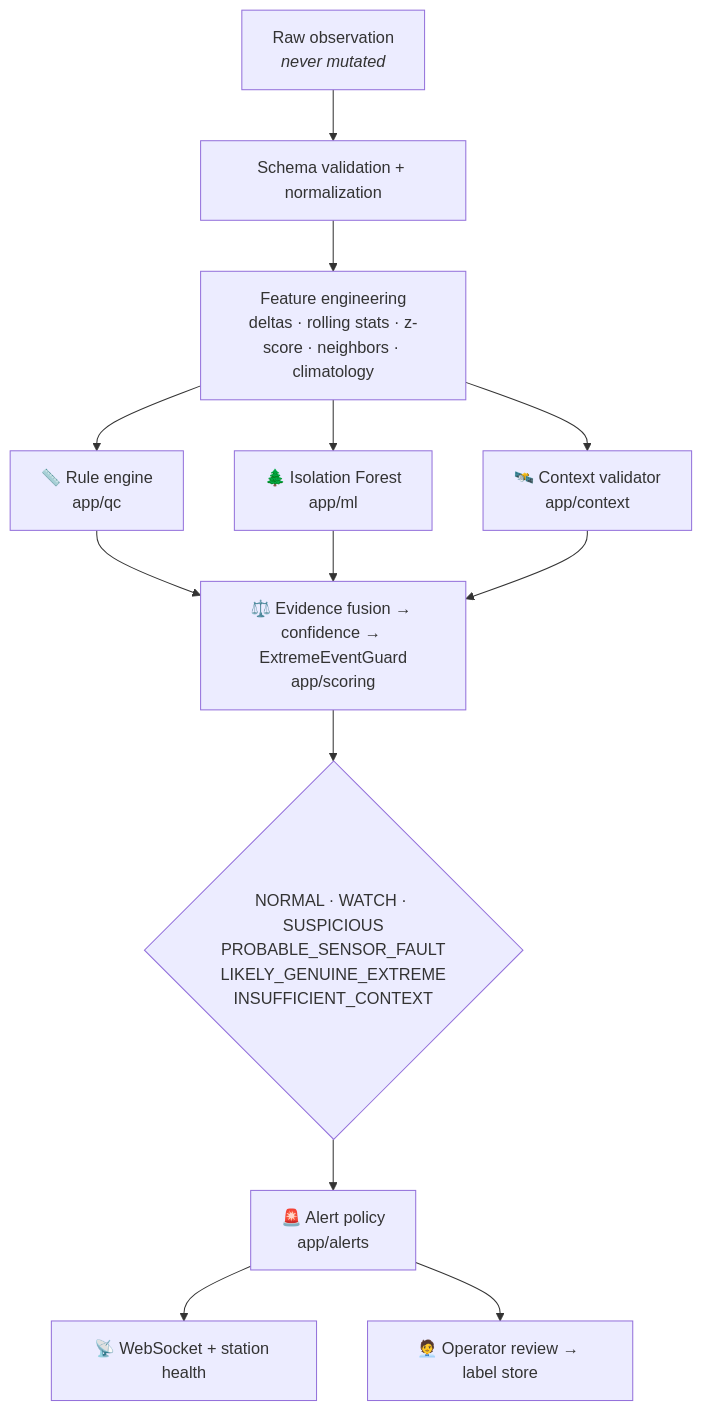
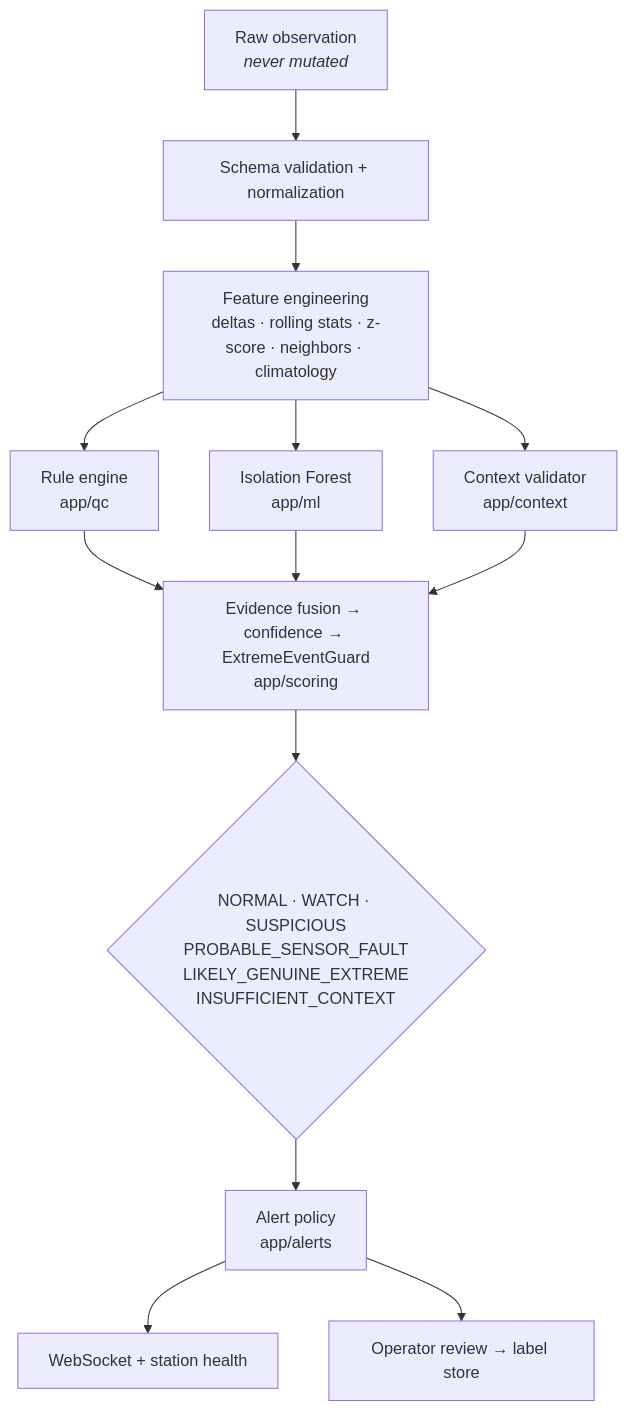
One commit to Harshil089/MeghDrishti changed the diagram in meghdrishti-backend/README.md. Above: the diagram before and after it, drawn with Mermaid. The commit also changed other lines of this file and 1 other file, not shown here.

````diff
--- a/meghdrishti-backend/README.md
+++ b/meghdrishti-backend/README.md
@@ -30,15 +30,15 @@
 ```mermaid
 flowchart TD
     R[Raw observation<br/><i>never mutated</i>] --> V[Schema validation + normalization]
     V --> F[Feature engineering<br/>deltas · rolling stats · z-score · neighbors · climatology]
-    F --> Q[📏 Rule engine<br/>app/qc]
-    F --> M[🌲 Isolation Forest<br/>app/ml]
-    F --> C[🛰️ Context validator<br/>app/context]
-    Q --> X[⚖️ Evidence fusion → confidence → ExtremeEventGuard<br/>app/scoring]
+    F --> Q[Rule engine<br/>app/qc]
+    F --> M[Isolation Forest<br/>app/ml]
+    F --> C[Context validator<br/>app/context]
+    Q --> X[Evidence fusion → confidence → ExtremeEventGuard<br/>app/scoring]
     M --> X
     C --> X
     X --> D{NORMAL · WATCH · SUSPICIOUS<br/>PROBABLE_SENSOR_FAULT<br/>LIKELY_GENUINE_EXTREME<br/>INSUFFICIENT_CONTEXT}
-    D --> A[🚨 Alert policy<br/>app/alerts]
-    A --> W[📡 WebSocket + station health]
-    A --> O[🧑‍💼 Operator review → label store]
+    D --> A[Alert policy<br/>app/alerts]
+    A --> W[WebSocket + station health]
+    A --> O[Operator review → label store]
 ```
````
